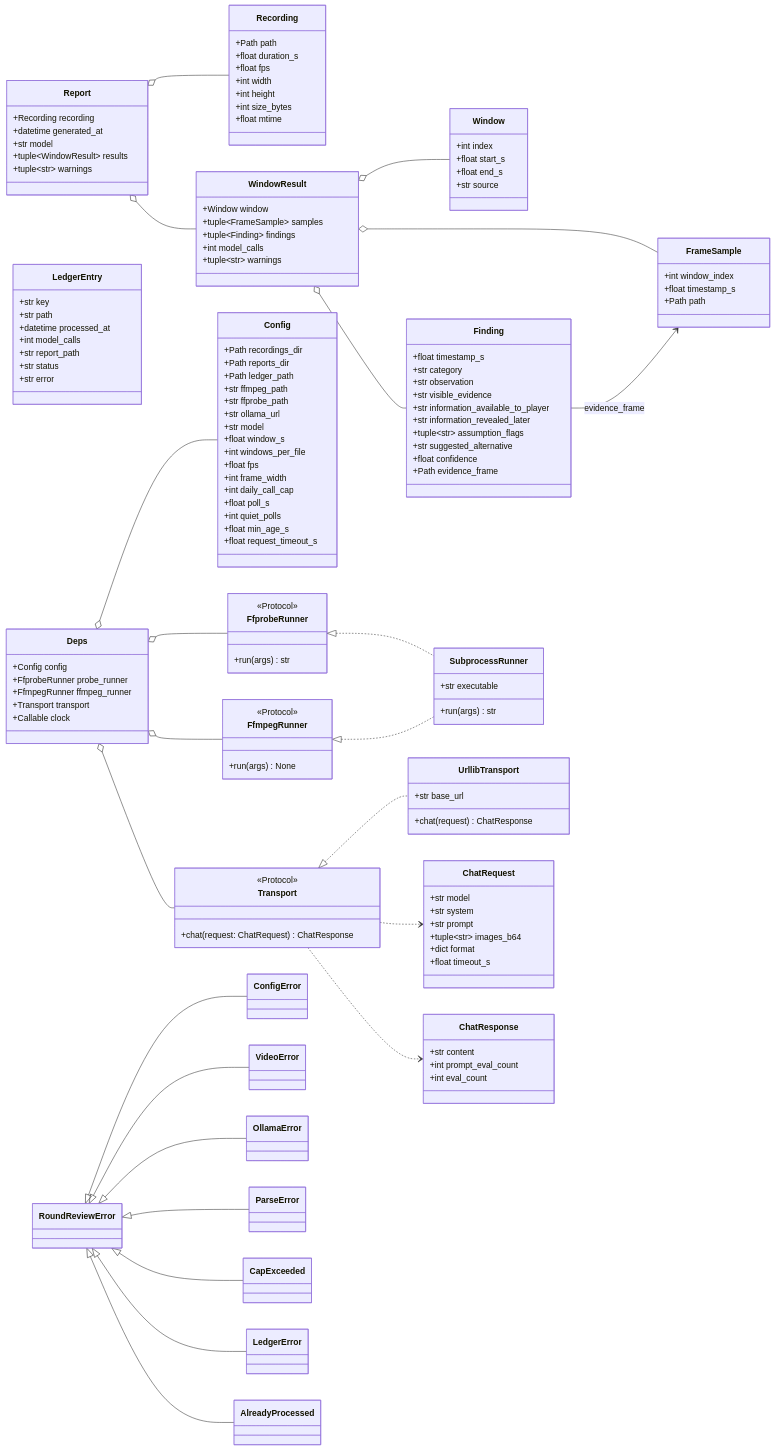
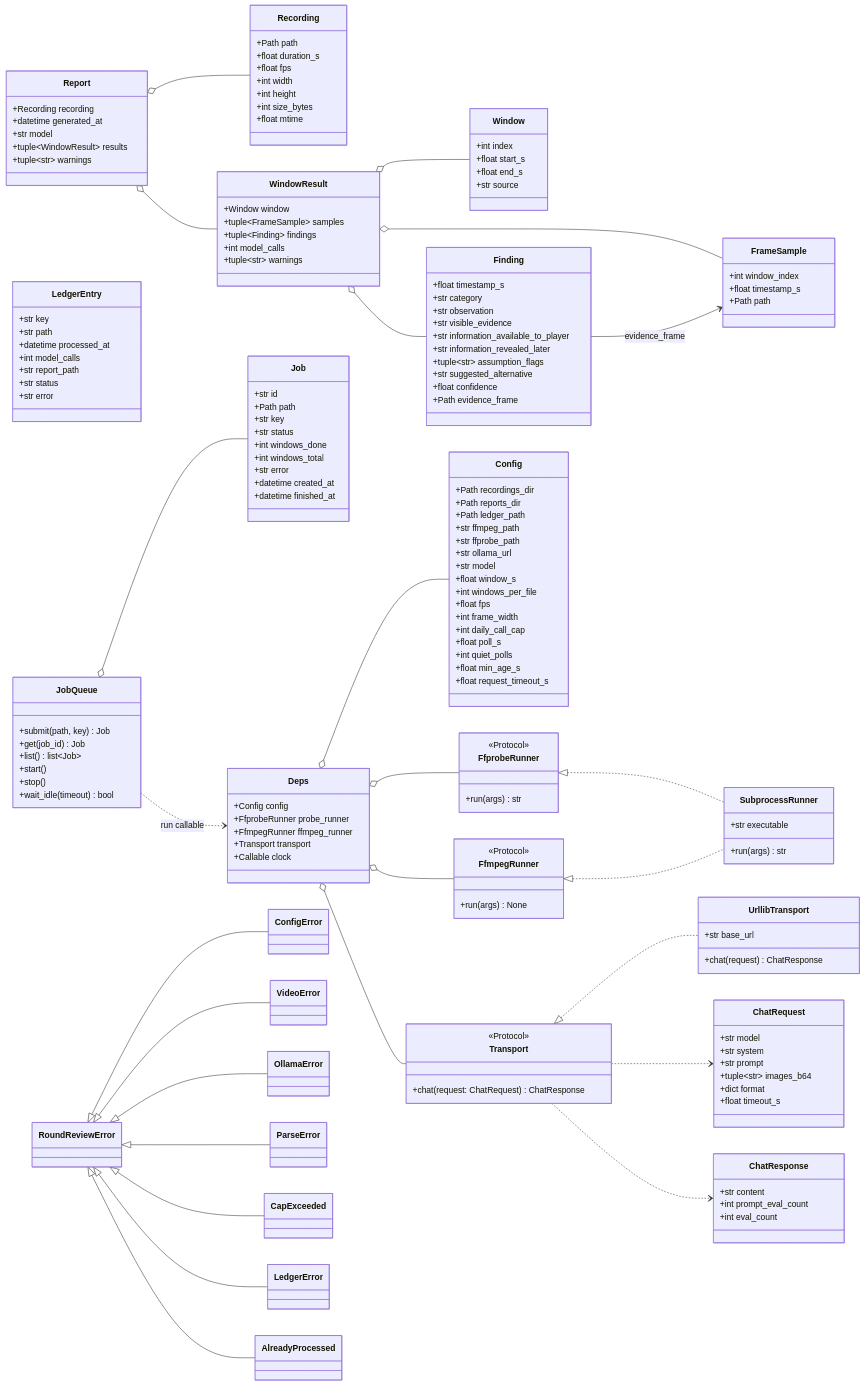
Before and after one commit to Hunter-Abshire/round-review: the diagram in docs/uml/class.md, drawn with Mermaid. The commit also changed other lines of this file and 7349 other files, not shown here.

Commit message:
feat(server): report.json, progress hook, single-worker job queue, loopback FastAPI, serve command

```diff
--- a/docs/uml/class.md
+++ b/docs/uml/class.md
@@ -123,6 +123,27 @@
         +run(args) str
     }
 
+    class Job {
+        +str id
+        +Path path
+        +str key
+        +str status
+        +int windows_done
+        +int windows_total
+        +str error
+        +datetime created_at
+        +datetime finished_at
+    }
+
+    class JobQueue {
+        +submit(path, key) Job
+        +get(job_id) Job
+        +list() list~Job~
+        +start()
+        +stop()
+        +wait_idle(timeout) bool
+    }
+
     class Deps {
         +Config config
         +FfprobeRunner probe_runner
@@ -147,6 +168,8 @@
     Deps o-- FfprobeRunner
     Deps o-- FfmpegRunner
     Deps o-- Transport
+    JobQueue o-- Job
+    JobQueue ..> Deps : run callable
     Report o-- Recording
     Report o-- WindowResult
     WindowResult o-- Window
```
